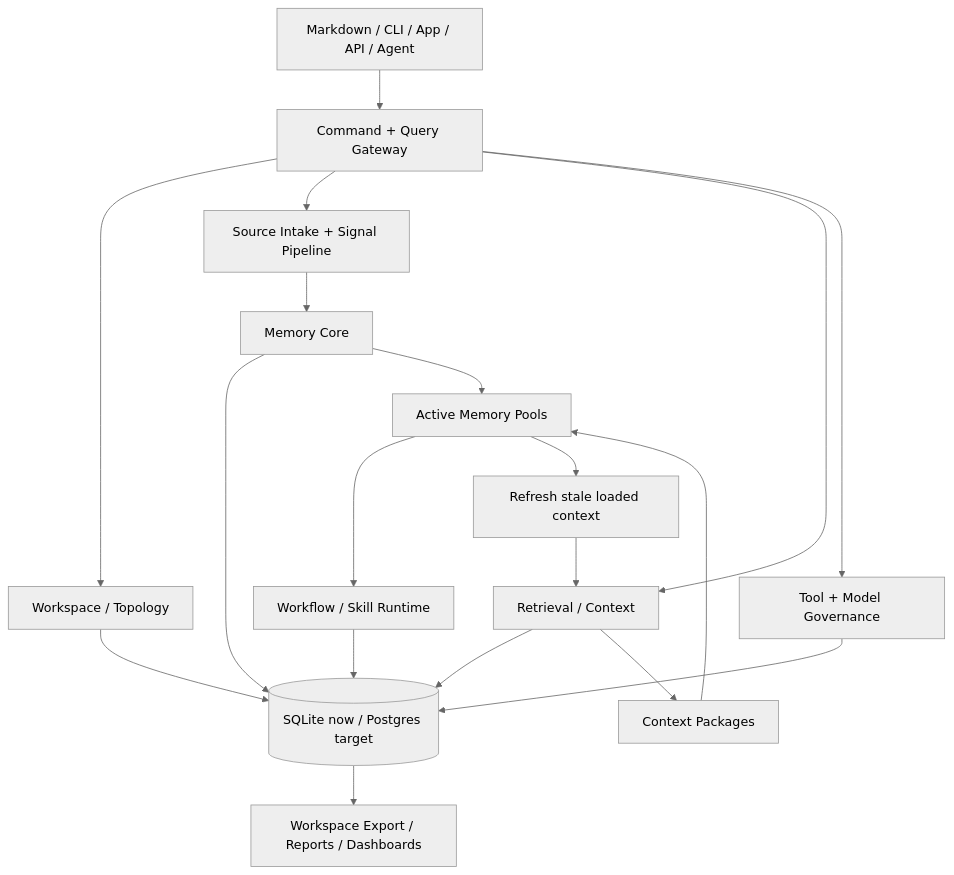
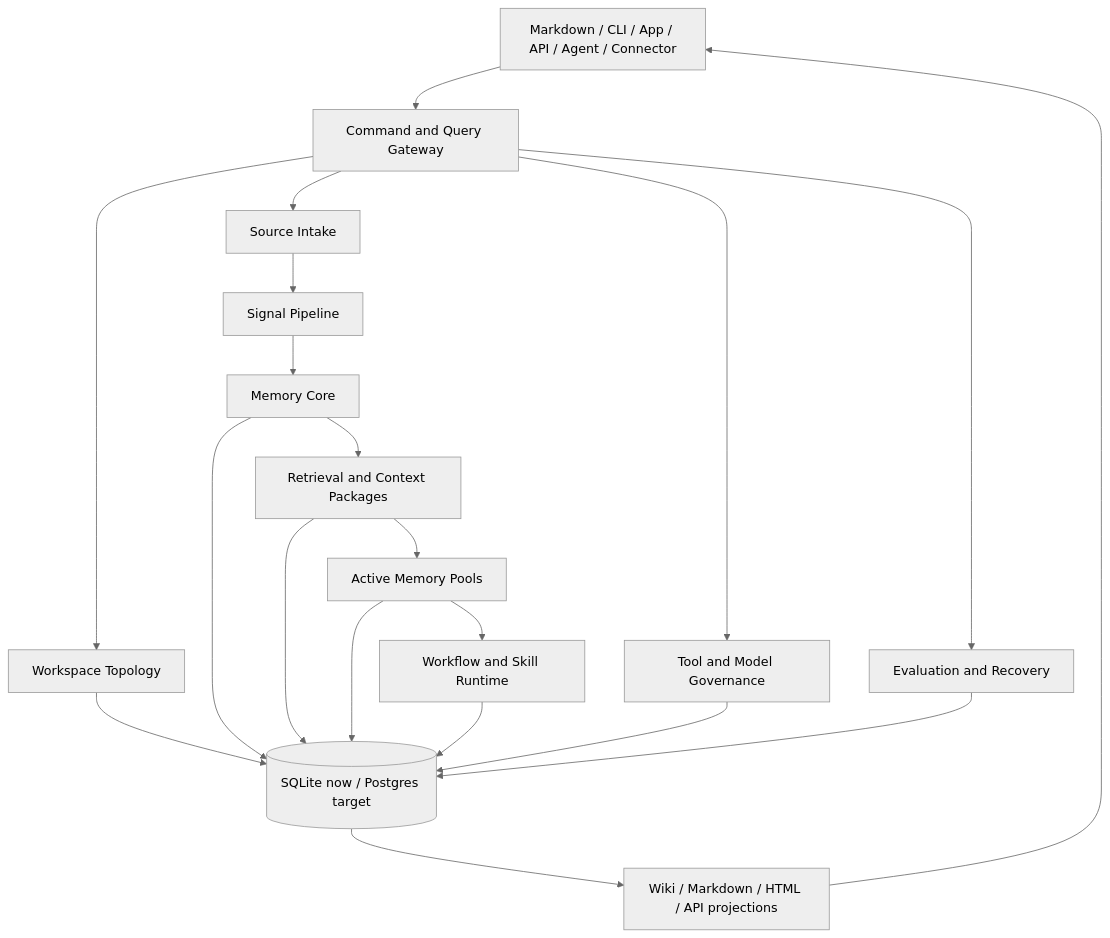
One commit to Miosa-osa/OptimalEngine changed the second of 3 diagrams in README.md. Above: the diagram before and after it, drawn with Mermaid (neutral theme). The commit also changed other lines of this file, not shown here.

````diff
--- a/README.md
+++ b/README.md
@@ -215,23 +183,37 @@
 ```mermaid
 flowchart TB
-  UI[Markdown / CLI / App / API / Agent] --> Gateway[Command + Query Gateway]
-  Gateway --> Topology[Workspace / Topology]
-  Gateway --> Intake[Source Intake + Signal Pipeline]
-  Gateway --> Retrieval[Retrieval / Context]
-  Gateway --> Tools[Tool + Model Governance]
+  Surfaces[Markdown / CLI / App / API / Agent / Connector]
+  Gateway[Command and Query Gateway]
+  Topology[Workspace Topology]
+  Intake[Source Intake]
+  Signal[Signal Pipeline]
+  Memory[Memory Core]
+  Retrieval[Retrieval and Context Packages]
+  Pools[Active Memory Pools]
+  Workflow[Workflow and Skill Runtime]
+  Governance[Tool and Model Governance]
+  Eval[Evaluation and Recovery]
+  Store[(SQLite now / Postgres target)]
+  Export[Wiki / Markdown / HTML / API projections]
 
-  Topology --> Store[(SQLite now / Postgres target)]
-  Intake --> Memory[Memory Core]
+  Surfaces --> Gateway
+  Gateway --> Topology
+  Gateway --> Intake
+  Intake --> Signal
+  Signal --> Memory
+  Memory --> Retrieval
+  Retrieval --> Pools
+  Pools --> Workflow
+  Gateway --> Governance
+  Gateway --> Eval
+
+  Topology --> Store
   Memory --> Store
   Retrieval --> Store
-  Tools --> Store
-
-  Memory --> Pools[Active Memory Pools]
-  Retrieval --> Packages[Context Packages]
-  Packages --> Pools
-  Pools --> Workflow[Workflow / Skill Runtime]
-  Pools --> Refresh[Refresh stale loaded context]
-  Refresh --> Retrieval
+  Pools --> Store
   Workflow --> Store
-  Store --> Export[Workspace Export / Reports / Dashboards]
+  Governance --> Store
+  Eval --> Store
+  Store --> Export
+  Export --> Surfaces
 ```
````
